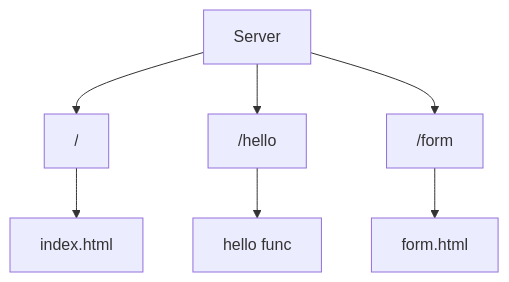
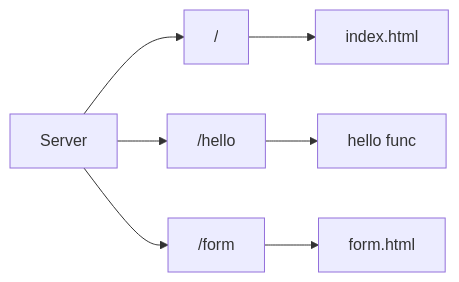
Before and after one commit to lee-treehouse/go-server: the diagram in README.md, drawn with Mermaid.

Commit message:
change drawing layout to left to right

````diff
--- a/README.md
+++ b/README.md
@@ -15,13 +15,13 @@
 ```mermaid
 %%{init: {'theme': 'default' } }%%
-graph TD
+graph LR
     A[Server] --> B["/"]
     B --> E[index.html]
     
     
     A --> C["/hello"]
     C --> F[hello func]
     
     A --> D["/form"]
     D --> G[form.html]        
 ```
````
